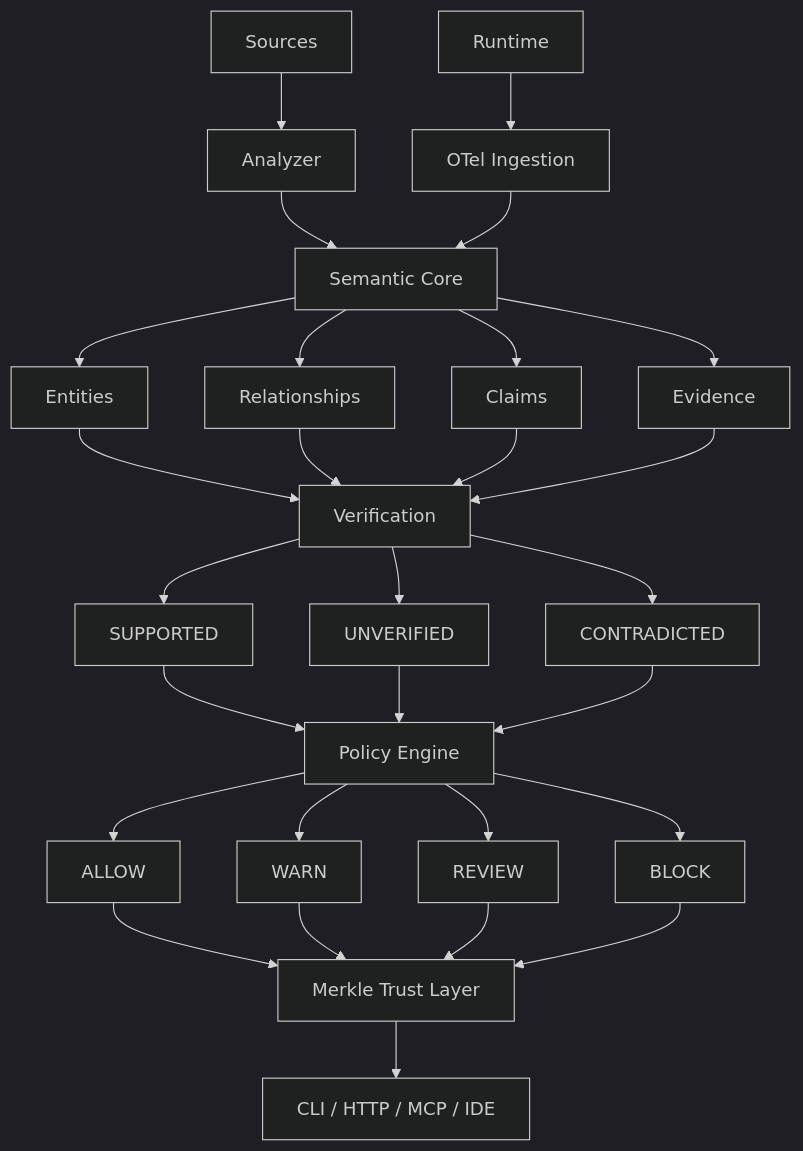
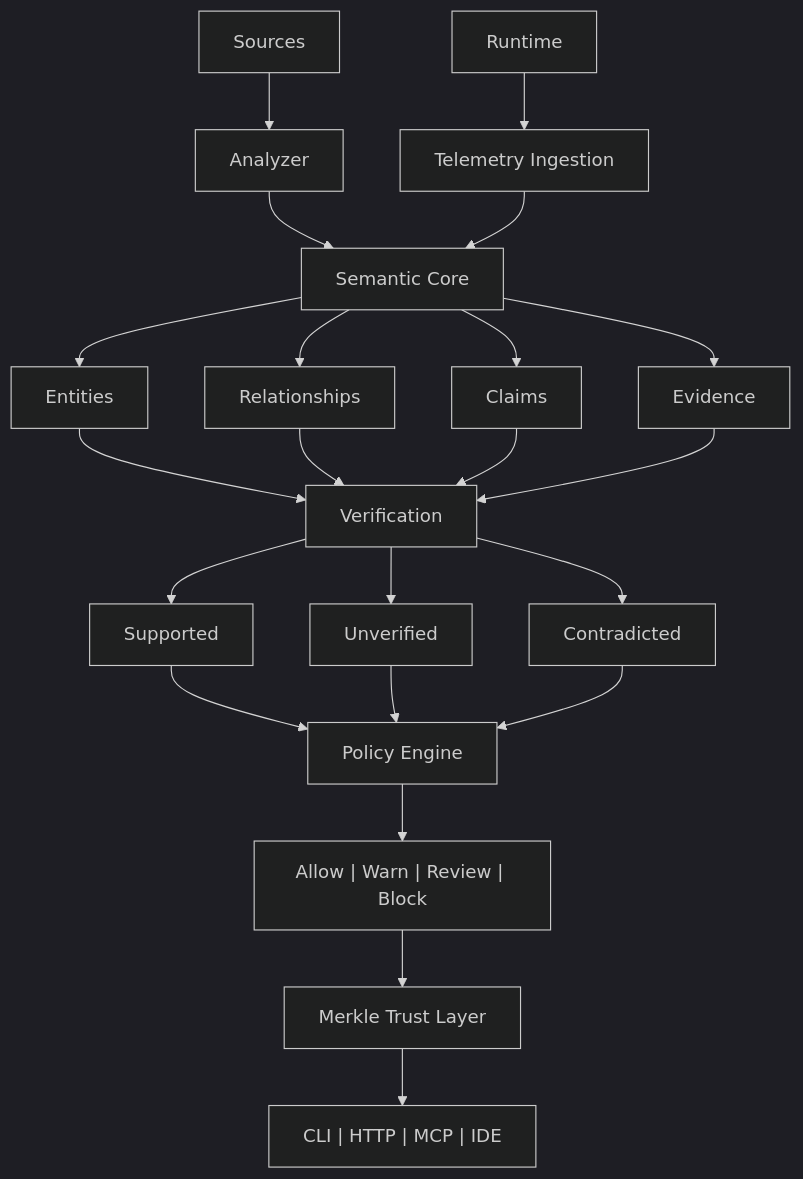
Before and after one commit to myshra777-ai/garuda: the fifth of 5 diagrams in README.md, drawn with Mermaid (dark theme). The commit also changed other lines of this file, not shown here.

````diff
--- a/README.md
+++ b/README.md
@@ -266,38 +246,31 @@
 ```mermaid
 flowchart TB
     SOURCES["Sources"] --> ANALYZER["Analyzer"]
-    RUNTIME["Runtime"] --> OTEL["OTel Ingestion"]
+    RUNTIME["Runtime"] --> OTEL["Telemetry Ingestion"]
 
     ANALYZER --> CORE["Semantic Core"]
     OTEL --> CORE
 
     CORE --> ENTITIES["Entities"]
     CORE --> RELATIONSHIPS["Relationships"]
     CORE --> CLAIMS["Claims"]
     CORE --> EVIDENCE["Evidence"]
 
     ENTITIES --> VERIFY["Verification"]
     RELATIONSHIPS --> VERIFY
     CLAIMS --> VERIFY
     EVIDENCE --> VERIFY
 
-    VERIFY --> SUP["SUPPORTED"]
-    VERIFY --> UNV["UNVERIFIED"]
-    VERIFY --> CON["CONTRADICTED"]
+    VERIFY --> SUP["Supported"]
+    VERIFY --> UNV["Unverified"]
+    VERIFY --> CON["Contradicted"]
 
     SUP --> POLICY["Policy Engine"]
     UNV --> POLICY
     CON --> POLICY
 
-    POLICY --> ALLOW["ALLOW"]
-    POLICY --> WARN["WARN"]
-    POLICY --> REVIEW["REVIEW"]
-    POLICY --> BLOCK["BLOCK"]
+    POLICY --> OUTCOMES["Allow | Warn | Review | Block"]
 
-    ALLOW --> TRUST["Merkle Trust Layer"]
-    WARN --> TRUST
-    REVIEW --> TRUST
-    BLOCK --> TRUST
-
-    TRUST --> SURFACES["CLI / HTTP / MCP / IDE"]
+    OUTCOMES --> TRUST["Merkle Trust Layer"]
+    TRUST --> SURFACES["CLI | HTTP | MCP | IDE"]
 ```
````
